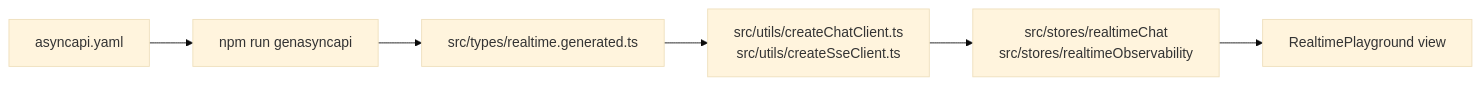
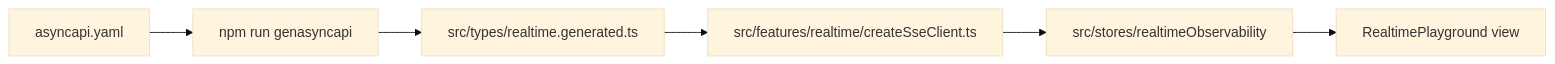
One commit to Guebbit/boilerplate-vue-frontend changed the third of 6 diagrams in README.md. Above: the diagram before and after it, drawn with Mermaid (base theme). The commit also changed other lines of this file and 148 other files, not shown here.

````diff
--- a/README.md
+++ b/README.md
@@ -346,8 +345,8 @@
 ```mermaid
 flowchart LR
     A[asyncapi.yaml] --> G[npm run genasyncapi]
     G --> T[src/types/realtime.generated.ts]
-    T --> C[src/utils/createChatClient.ts<br/>src/utils/createSseClient.ts]
-    C --> S[src/stores/realtimeChat<br/>src/stores/realtimeObservability]
+    T --> C[src/features/realtime/createSseClient.ts]
+    C --> S[src/stores/realtimeObservability]
     S --> V[RealtimePlayground view]
 ```
````
